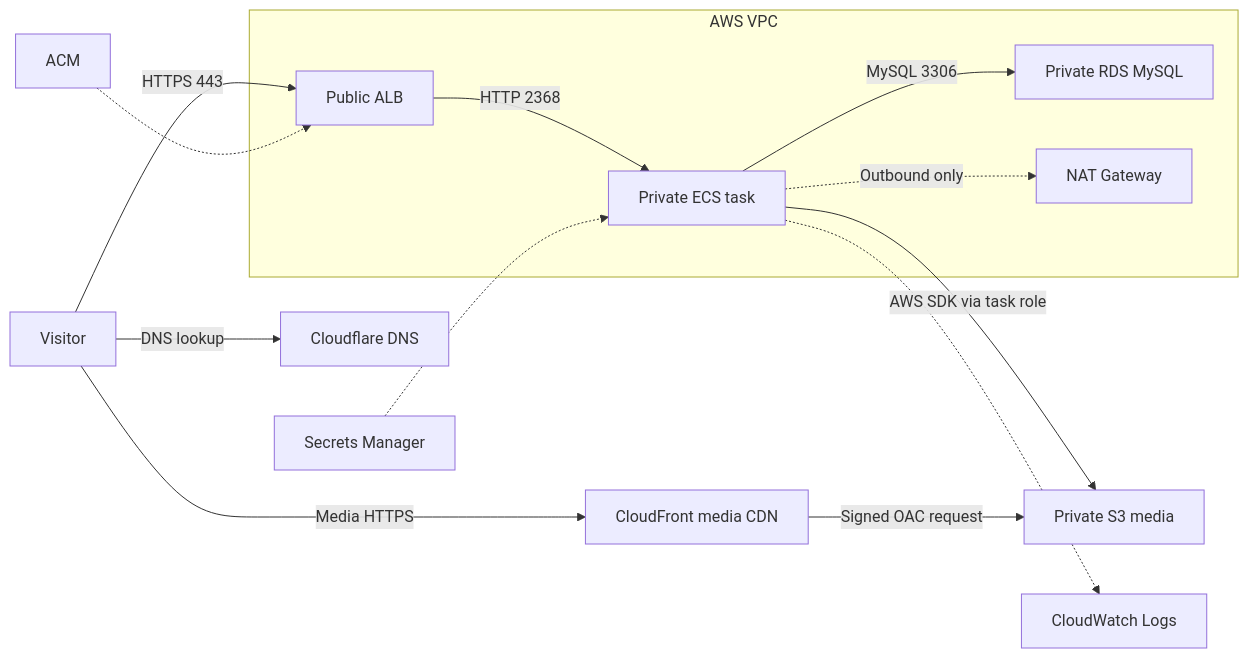
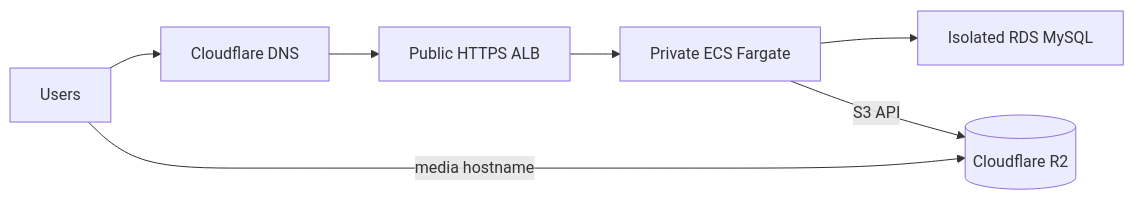
The diagram in README.md (khaleeq-developer/ghost-production-aws), drawn with Mermaid before and after one commit. The commit also changed other lines of this file and 26 other files, not shown here.

````diff
--- a/README.md
+++ b/README.md
@@ -9,19 +8,9 @@
 ```mermaid
 flowchart LR
-    user[Visitor] -->|DNS lookup| dns[Cloudflare DNS]
-    user -->|HTTPS 443| alb[Public ALB]
-
-    subgraph vpc[AWS VPC]
-        alb -->|HTTP 2368| ghost[Private ECS task]
-        ghost -->|MySQL 3306| rds[Private RDS MySQL]
-        ghost -.->|Outbound only| nat[NAT Gateway]
-    end
-
-    user -->|Media HTTPS| cdn[CloudFront media CDN]
-    cdn -->|Signed OAC request| s3[Private S3 media]
-    ghost -->|AWS SDK via task role| s3
-
-    acm[ACM] -.-> alb
-    secrets[Secrets Manager] -.-> ghost
-    ghost -.-> logs[CloudWatch Logs]
+  user[Users] --> dns[Cloudflare DNS]
+  dns --> alb[Public HTTPS ALB]
+  alb --> ecs[Private ECS Fargate]
+  ecs --> rds[Isolated RDS MySQL]
+  ecs -->|S3 API| r2[(Cloudflare R2)]
+  user -->|media hostname| r2
 ```
````
